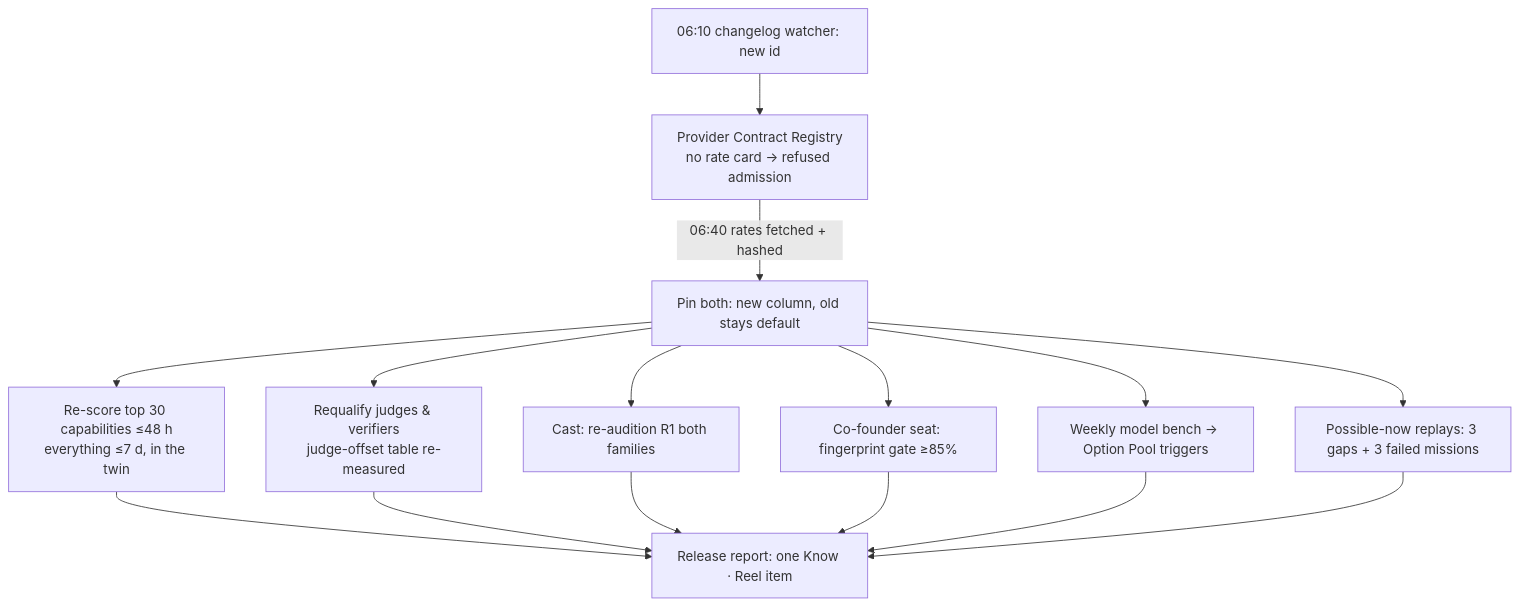
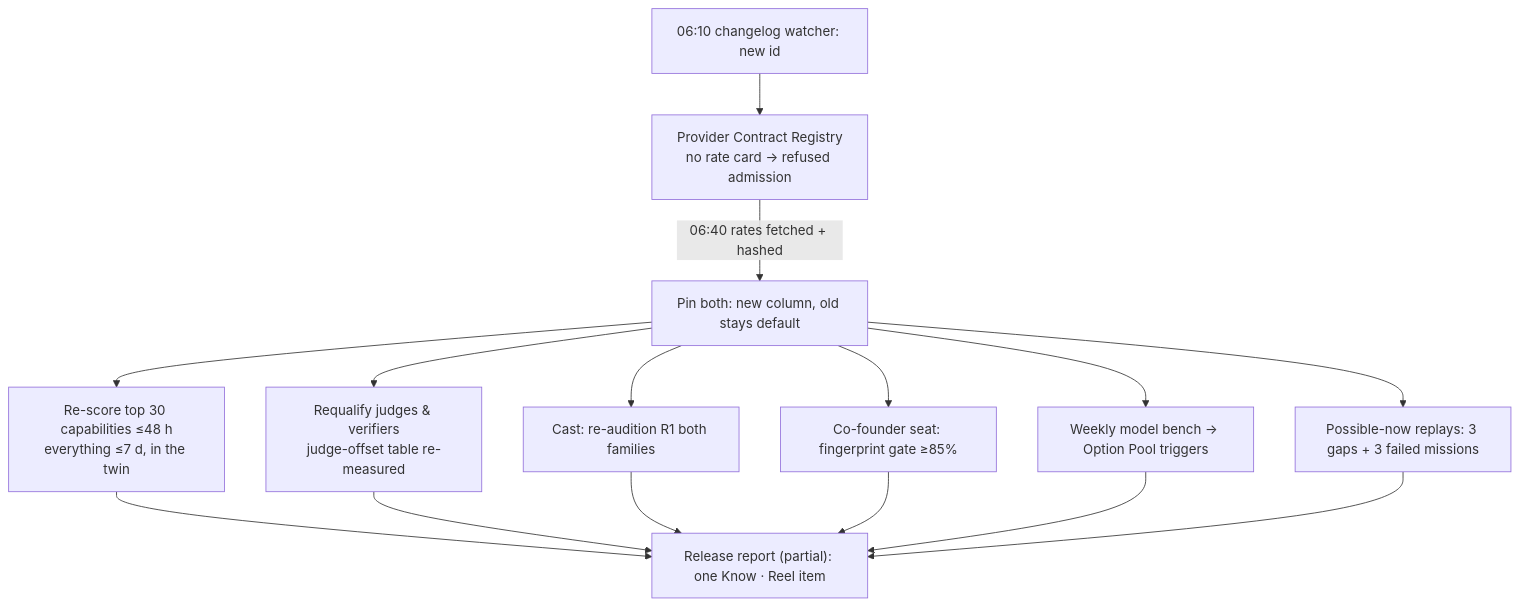
One commit to Adam077K/agentvibe changed the tenth of 10 diagrams in docs/vision-v3/13-WORKED-SCENARIOS.md. Above: the diagram before and after it, drawn with Mermaid. The commit also changed other lines of this file and 33 other files, not shown here.

````diff
--- a/docs/vision-v3/13-WORKED-SCENARIOS.md
+++ b/docs/vision-v3/13-WORKED-SCENARIOS.md
@@ -1356,12 +1455,12 @@
 ```mermaid
 flowchart TD
   W["06:10 changelog watcher: new id"] --> R["Provider Contract Registry<br/>no rate card → refused admission"]
   R -->|06:40 rates fetched + hashed| P["Pin both: new column, old stays default"]
   P --> Q["Requalify judges & verifiers<br/>judge-offset table re-measured"]
   P --> S["Re-score top 30 capabilities ≤48 h<br/>everything ≤7 d, in the twin"]
   P --> C["Cast: re-audition R1 both families"]
   P --> F["Co-founder seat: fingerprint gate ≥85%"]
   P --> B["Weekly model bench → Option Pool triggers"]
   P --> X["Possible-now replays: 3 gaps + 3 failed missions"]
-  S & Q & C & F & B & X --> REP["Release report: one Know · Reel item"]
+  S & Q & C & F & B & X --> REP["Release report (partial): one Know · Reel item"]
 ```
````
